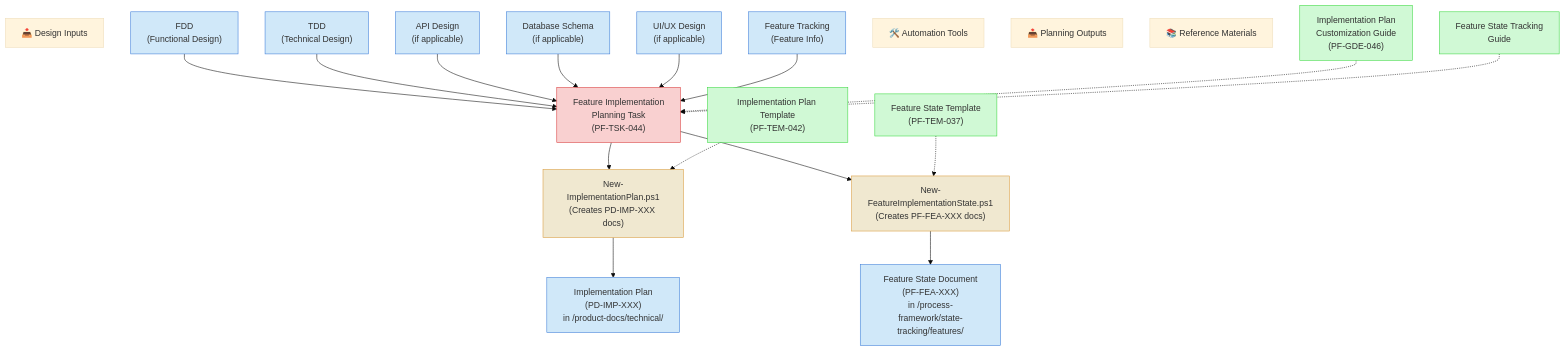
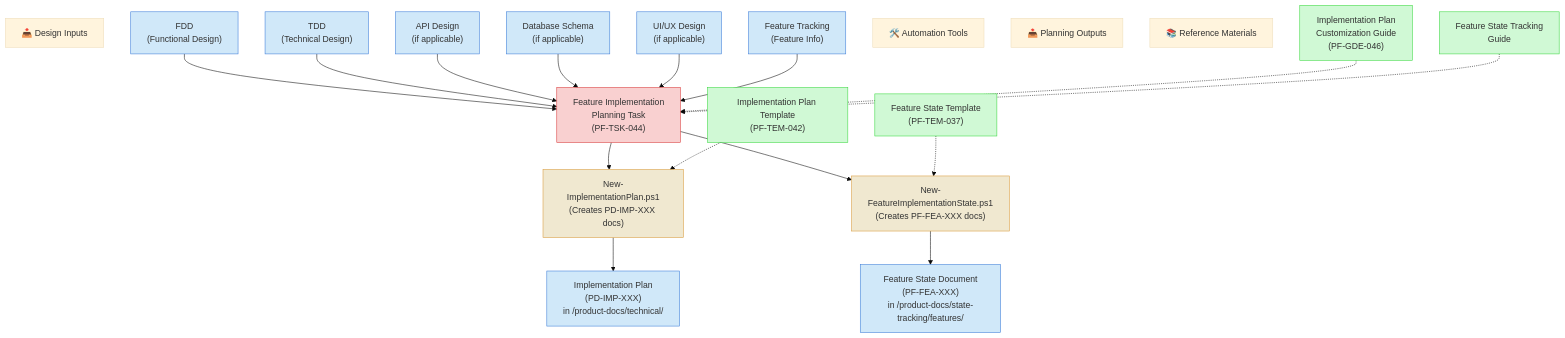
One commit to Abtomation/LinkWatcher changed the diagram in doc/process-framework/visualization/context-maps/04-implementation/feature-implementation-planning-map.md. Above: the diagram before and after it, drawn with Mermaid (base theme). The commit also changed 300 other files, not shown here.

First line of the commit message:
State tracking reorganization: move product state files to product-docs, add .psm1 monitoring, fix broken links

````diff
--- a/doc/process-framework/visualization/context-maps/04-implementation/feature-implementation-planning-map.md
+++ b/doc/process-framework/visualization/context-maps/04-implementation/feature-implementation-planning-map.md
@@ -21,56 +21,56 @@
 ```mermaid
 graph TD
     classDef critical fill:#f9d0d0,stroke:#d83a3a
     classDef important fill:#d0e8f9,stroke:#3a7bd8
     classDef reference fill:#d0f9d5,stroke:#3ad83f
     classDef tool fill:#f0e8d0,stroke:#d89a3a
 
     TASK["Feature Implementation<br/>Planning Task<br/>(PF-TSK-044)"]
 
     INPUT["📥 Design Inputs"]
     FDD["FDD<br/>(Functional Design)"]
     TDD["TDD<br/>(Technical Design)"]
     API["API Design<br/>(if applicable)"]
     DBSCHEMA["Database Schema<br/>(if applicable)"]
     UIDESIGN["UI/UX Design<br/>(if applicable)"]
     FEATURES["Feature Tracking<br/>(Feature Info)"]
 
     TOOLS["🛠️ Automation Tools"]
     IMPPLAN["New-ImplementationPlan.ps1<br/>(Creates PD-IMP-XXX docs)"]
     FEATSTATE["New-FeatureImplementationState.ps1<br/>(Creates PF-FEA-XXX docs)"]
 
     OUTPUTS["📤 Planning Outputs"]
     IMPLPLAN_DOC["Implementation Plan<br/>(PD-IMP-XXX)<br/>in /product-docs/technical/"]
-    FEATSTATE_DOC["Feature State Document<br/>(PF-FEA-XXX)<br/>in /process-framework/state-tracking/features/"]
+    FEATSTATE_DOC["Feature State Document<br/>(PF-FEA-XXX)<br/>in /product-docs/state-tracking/features/"]
 
     REFERENCE["📚 Reference Materials"]
     TEMPLATE_IMPL["Implementation Plan Template<br/>(PF-TEM-042)"]
     TEMPLATE_STATE["Feature State Template<br/>(PF-TEM-037)"]
     GUIDE_CUSTOM["Implementation Plan<br/>Customization Guide<br/>(PF-GDE-046)"]
     GUIDE_STATE["Feature State Tracking<br/>Guide"]
 
     FDD --> TASK
     TDD --> TASK
     API --> TASK
     DBSCHEMA --> TASK
     UIDESIGN --> TASK
     FEATURES --> TASK
 
     TASK --> IMPPLAN
     TASK --> FEATSTATE
 
     IMPPLAN --> IMPLPLAN_DOC
     FEATSTATE --> FEATSTATE_DOC
 
     TEMPLATE_IMPL -.-> IMPPLAN
     TEMPLATE_STATE -.-> FEATSTATE
 
     GUIDE_CUSTOM -.-> TASK
     GUIDE_STATE -.-> TASK
 
     class TASK critical
     class IMPPLAN,FEATSTATE tool
     class IMPLPLAN_DOC,FEATSTATE_DOC important
     class TEMPLATE_IMPL,TEMPLATE_STATE,GUIDE_CUSTOM,GUIDE_STATE reference
     class FDD,TDD,API,DBSCHEMA,UIDESIGN,FEATURES important
 ```
````
